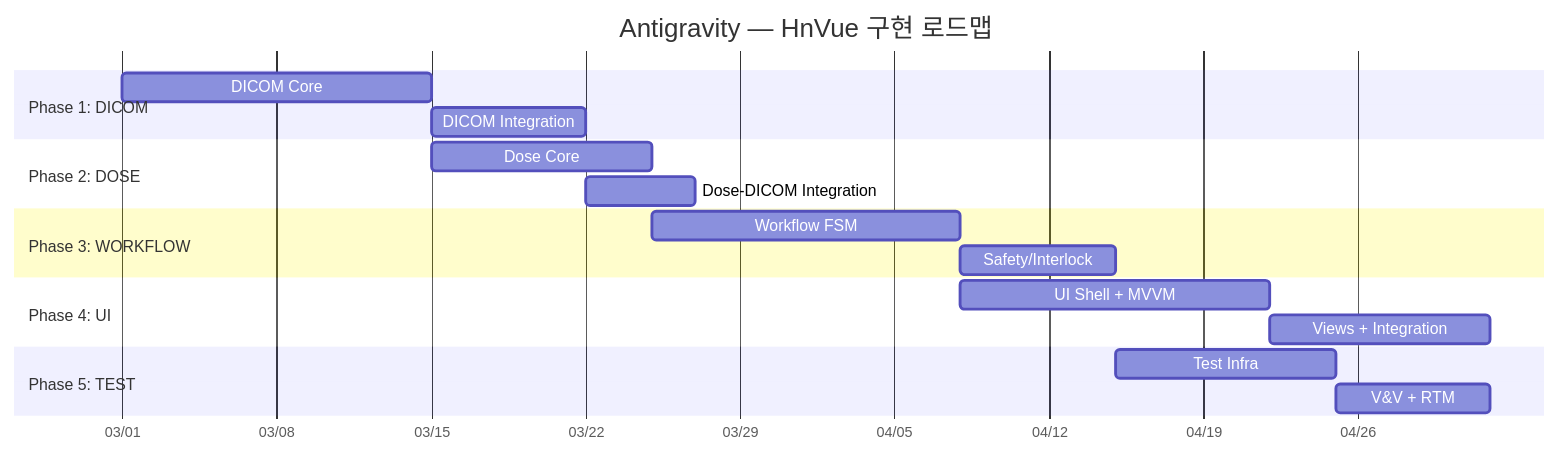
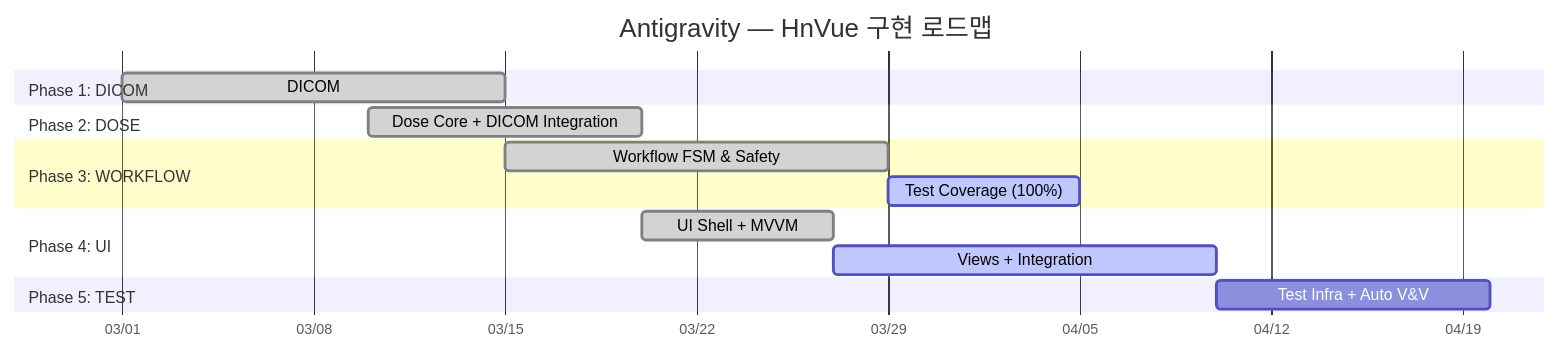
The diagram in docs/antigravity-plan.md (holee9/hnvue-console), drawn with Mermaid before and after one commit. The commit also changed other lines of this file and 28 other files, not shown here.

````diff
--- a/docs/antigravity-plan.md
+++ b/docs/antigravity-plan.md
@@ -38,26 +38,23 @@
 ```mermaid
 gantt
     title Antigravity — HnVue 구현 로드맵
     dateFormat YYYY-MM-DD
     axisFormat %m/%d
 
     section Phase 1: DICOM
-    DICOM Core           :dicom1, 2026-03-01, 14d
-    DICOM Integration    :dicom2, after dicom1, 7d
+    DICOM           :done, dicom1, 2026-03-01, 14d
 
     section Phase 2: DOSE
-    Dose Core            :dose1, after dicom1, 10d
-    Dose-DICOM Integration :dose2, after dicom2, 5d
+    Dose Core + DICOM Integration :done, dose1, 2026-03-10, 10d
 
     section Phase 3: WORKFLOW
-    Workflow FSM         :wf1, after dose1, 14d
-    Safety/Interlock     :wf2, after wf1, 7d
+    Workflow FSM & Safety  :done, wf1, 2026-03-15, 14d
+    Test Coverage (100%)   :active, wf2, after wf1, 7d
 
     section Phase 4: UI
-    UI Shell + MVVM      :ui1, after wf1, 14d
-    Views + Integration  :ui2, after ui1, 10d
+    UI Shell + MVVM      :done, ui1, 2026-03-20, 7d
+    Views + Integration  :active, ui2, after ui1, 14d
 
     section Phase 5: TEST
-    Test Infra           :test1, after wf2, 10d
-    V&V + RTM            :test2, after test1, 7d
+    Test Infra + Auto V&V:test1, after ui2, 10d
 ```
````
